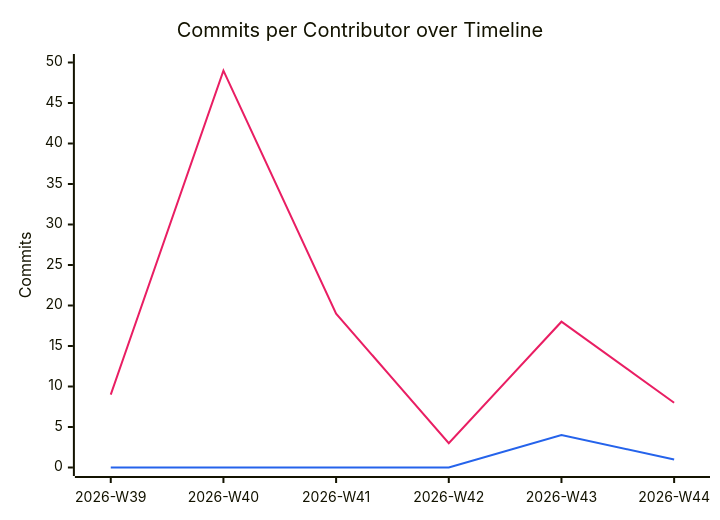
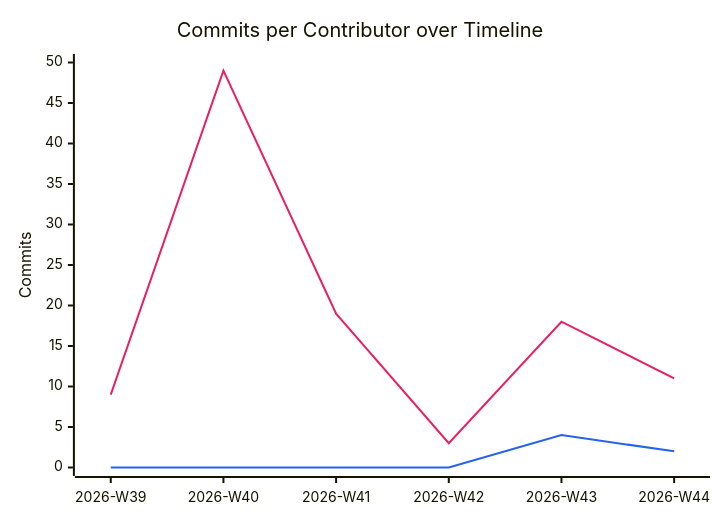
The diagram in documentation/snippets/management/commit-velocity.mmd (BeyondMagic/wisp), drawn with Mermaid before and after one commit. The commit also changed 2 other files, not shown here.

```diff
--- a/documentation/snippets/management/commit-velocity.mmd
+++ b/documentation/snippets/management/commit-velocity.mmd
@@ -1,7 +1,7 @@
 %%{init: {"themeVariables": {"xyChart": {"plotColorPalette": "#e91e63, #2563eb"}}}}%%
 xychart-beta
     title "Commits per Contributor over Timeline"
     x-axis ["2026-W39", "2026-W40", "2026-W41", "2026-W42", "2026-W43", "2026-W44"]
     y-axis "Commits" 0 --> 50
-    line [9, 49, 19, 3, 18, 8]
-    line [0, 0, 0, 0, 4, 1]
+    line [9, 49, 19, 3, 18, 11]
+    line [0, 0, 0, 0, 4, 2]
```
